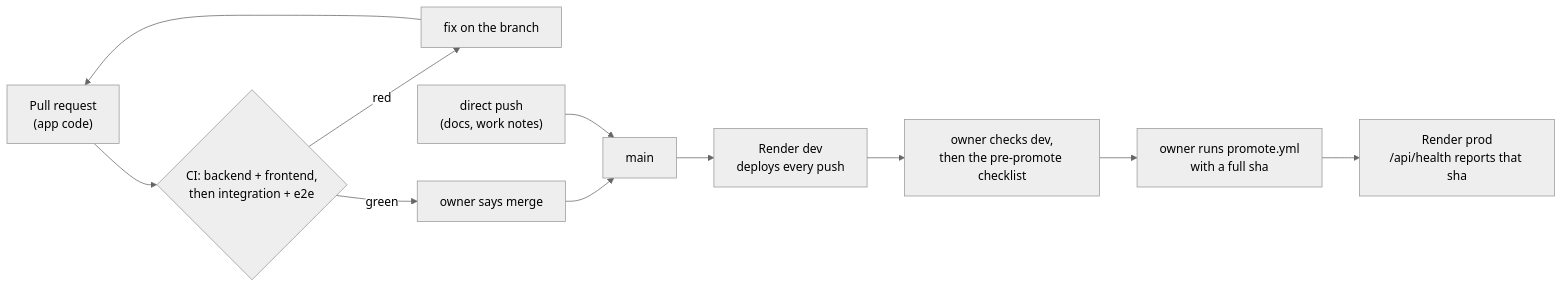
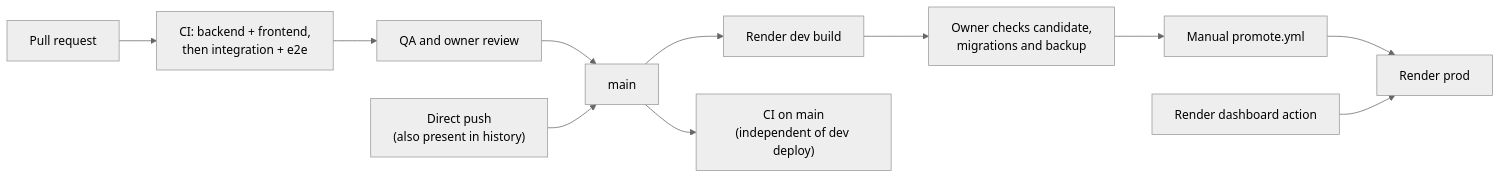
Before and after one commit to alexisdacquay/sail-event: the diagram in docs/release-process.md, drawn with Mermaid (neutral theme). The commit also changed other lines of this file and 30 other files, not shown here.

````diff
--- a/docs/release-process.md
+++ b/docs/release-process.md
@@ -5,12 +5,11 @@
 ```mermaid
 flowchart LR
-    PR["Pull request<br/>(app code)"] --> CI{"CI: backend + frontend,<br/>then integration + e2e"}
-    CI -- red --> FIX["fix on the branch"] --> PR
-    CI -- green --> M["owner says merge"]
-    M --> MAIN["main"]
-    DIRECT["direct push<br/>(docs, work notes)"] --> MAIN
-    MAIN --> DEV["Render dev<br/>deploys every push"]
-    DEV --> CHECK["owner checks dev,<br/>then the pre-promote checklist"]
-    CHECK --> P["owner runs promote.yml<br/>with a full sha"]
-    P --> PROD["Render prod<br/>/api/health reports that sha"]
+    PR["Pull request"] --> CI["CI: backend + frontend,<br/>then integration + e2e"]
+    CI --> REVIEW["QA and owner review"] --> MAIN["main"]
+    DIRECT["Direct push<br/>(also present in history)"] --> MAIN
+    MAIN --> DEV["Render dev build"]
+    MAIN --> PUSHCI["CI on main<br/>(independent of dev deploy)"]
+    DEV --> CHECK["Owner checks candidate,<br/>migrations and backup"]
+    CHECK --> PROMOTE["Manual promote.yml"] --> PROD["Render prod"]
+    DASH["Render dashboard action"] --> PROD
 ```
````
